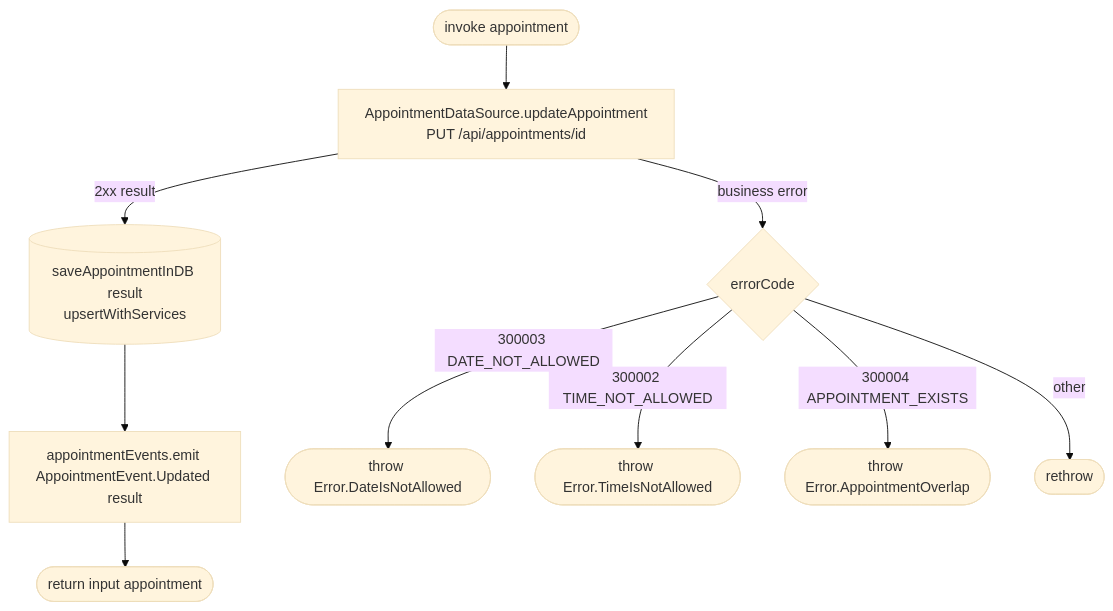
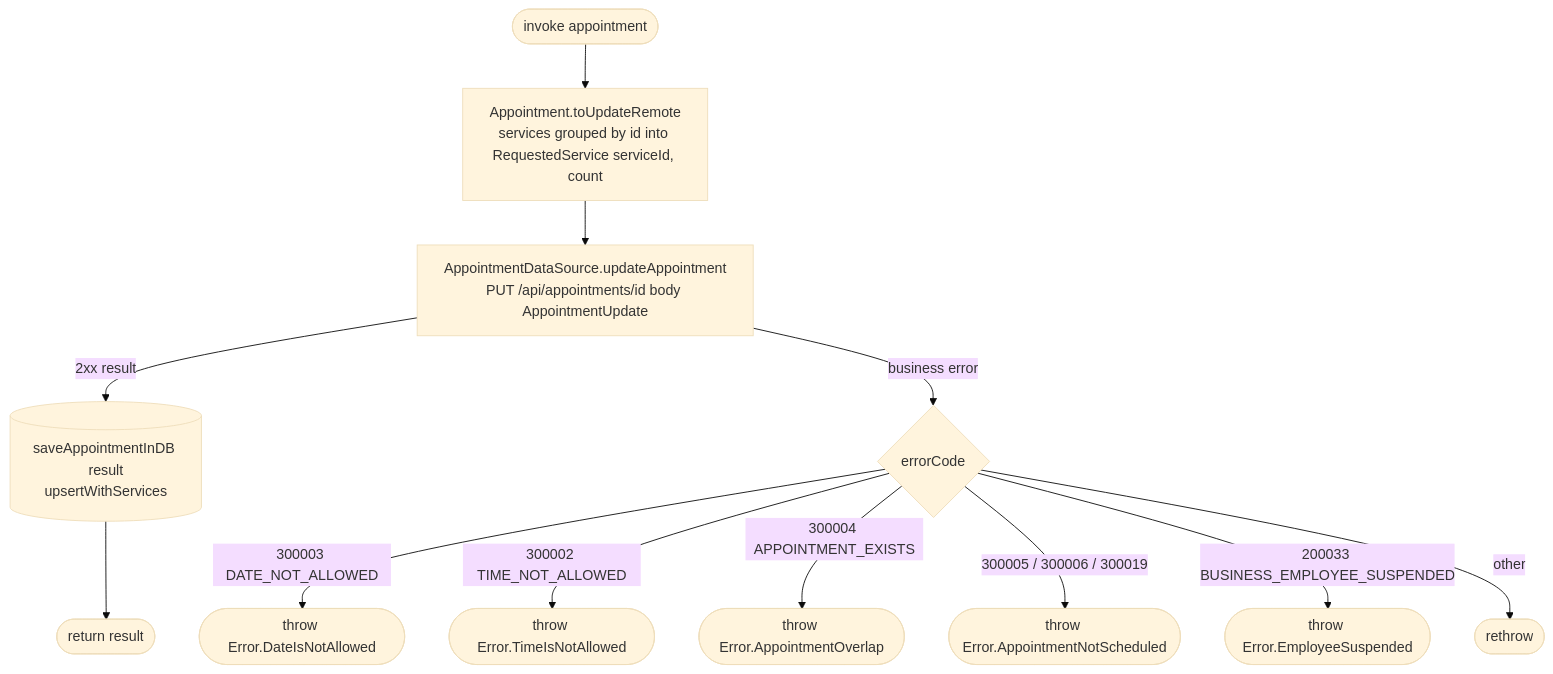
Before and after one commit to nocturneproperties/bookkme-client: the diagram in docs/operations/appointments/update-appointment.md, drawn with Mermaid (base theme). The commit also changed other lines of this file and 169 other files, not shown here.

````diff
--- a/docs/operations/appointments/update-appointment.md
+++ b/docs/operations/appointments/update-appointment.md
@@ -12,12 +17,14 @@
 ```mermaid
 flowchart TD
-    Start([invoke appointment]) --> Net[AppointmentDataSource.updateAppointment<br/>PUT /api/appointments/id]
+    Start([invoke appointment]) --> Map[Appointment.toUpdateRemote<br/>services grouped by id into RequestedService serviceId, count]
+    Map --> Net[AppointmentDataSource.updateAppointment<br/>PUT /api/appointments/id body AppointmentUpdate]
     Net -- 2xx result --> Save[(saveAppointmentInDB result<br/>upsertWithServices)]
-    Save --> Emit[appointmentEvents.emit AppointmentEvent.Updated result]
-    Emit --> R([return input appointment])
+    Save --> R([return result])
     Net -- business error --> Code{errorCode}
     Code -- 300003 DATE_NOT_ALLOWED --> E1([throw Error.DateIsNotAllowed])
     Code -- 300002 TIME_NOT_ALLOWED --> E2([throw Error.TimeIsNotAllowed])
     Code -- 300004 APPOINTMENT_EXISTS --> E3([throw Error.AppointmentOverlap])
+    Code -- 300005 / 300006 / 300019 --> E4([throw Error.AppointmentNotScheduled])
+    Code -- 200033 BUSINESS_EMPLOYEE_SUSPENDED --> E5([throw Error.EmployeeSuspended])
     Code -- other --> EX([rethrow])
 ```
````
